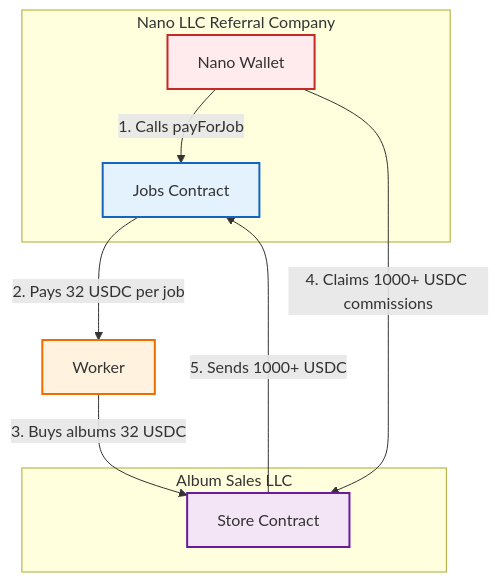
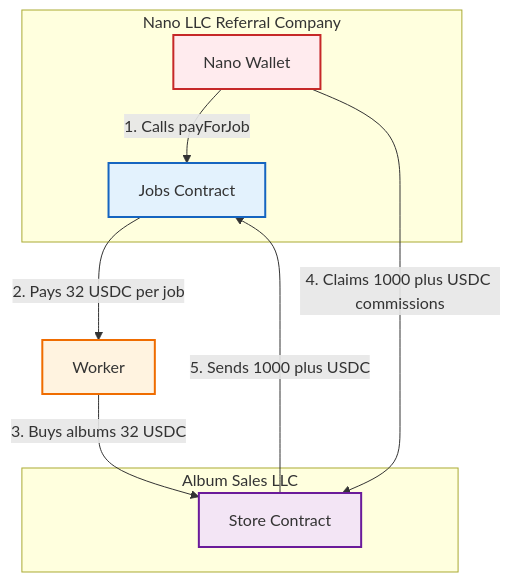
The first of 2 diagrams in SIMPLE_FLOW.md (rowhq/hitmachine), drawn with Mermaid before and after one commit. The commit also changed other lines of this file and 7 other files, not shown here.

````diff
--- a/SIMPLE_FLOW.md
+++ b/SIMPLE_FLOW.md
@@ -19,24 +19,24 @@
 ```mermaid
 flowchart TB
     subgraph NanoLLC[Nano LLC Referral Company]
         NanoWallet[Nano Wallet]
         JobsContract[Jobs Contract]
     end
     
     subgraph AlbumSalesLLC[Album Sales LLC]
         StoreContract[Store Contract]
     end
     
     Worker[Worker]
     
     NanoWallet -->|1. Calls payForJob| JobsContract
     JobsContract -->|2. Pays 32 USDC per job| Worker
     Worker -->|3. Buys albums 32 USDC| StoreContract
-    NanoWallet -->|4. Claims 1000+ USDC commissions| StoreContract
-    StoreContract -->|5. Sends 1000+ USDC| JobsContract
+    NanoWallet -->|4. Claims 1000 plus USDC commissions| StoreContract
+    StoreContract -->|5. Sends 1000 plus USDC| JobsContract
     
     style NanoWallet fill:#ffebee,stroke:#c62828,stroke-width:2px
     style JobsContract fill:#e3f2fd,stroke:#1565c0,stroke-width:2px
     style Worker fill:#fff3e0,stroke:#ef6c00,stroke-width:2px
     style StoreContract fill:#f3e5f5,stroke:#6a1b9a,stroke-width:2px
 ```
````
